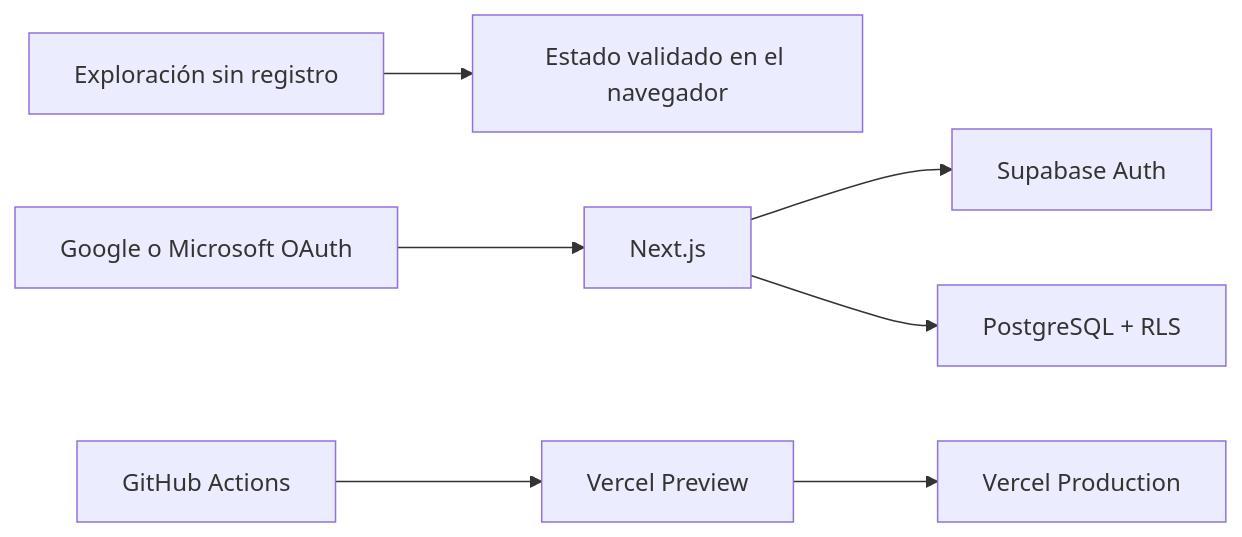
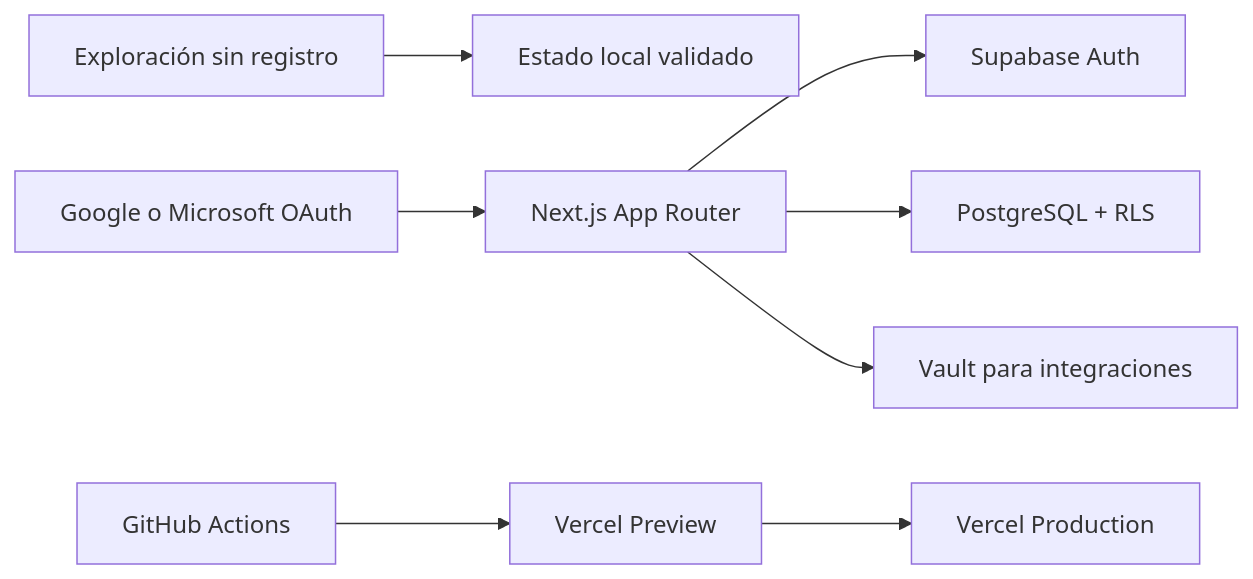
One commit to antoniojesusdelgado/management-platform-demo changed the diagram in README.md. Above: the diagram before and after it, drawn with Mermaid. The commit also changed other lines of this file and 21 other files, not shown here.

````diff
--- a/README.md
+++ b/README.md
@@ -52,9 +56,10 @@
 ```mermaid
 flowchart LR
-  guest["Exploración sin registro"] --> session["Estado validado en el navegador"]
-  user["Google o Microsoft OAuth"] --> app["Next.js"]
+  visitor["Exploración sin registro"] --> local["Estado local validado"]
+  identity["Google o Microsoft OAuth"] --> app["Next.js App Router"]
   app --> auth["Supabase Auth"]
   app --> db["PostgreSQL + RLS"]
+  app --> vault["Vault para integraciones"]
   github["GitHub Actions"] --> preview["Vercel Preview"]
   preview --> production["Vercel Production"]
 ```
````
